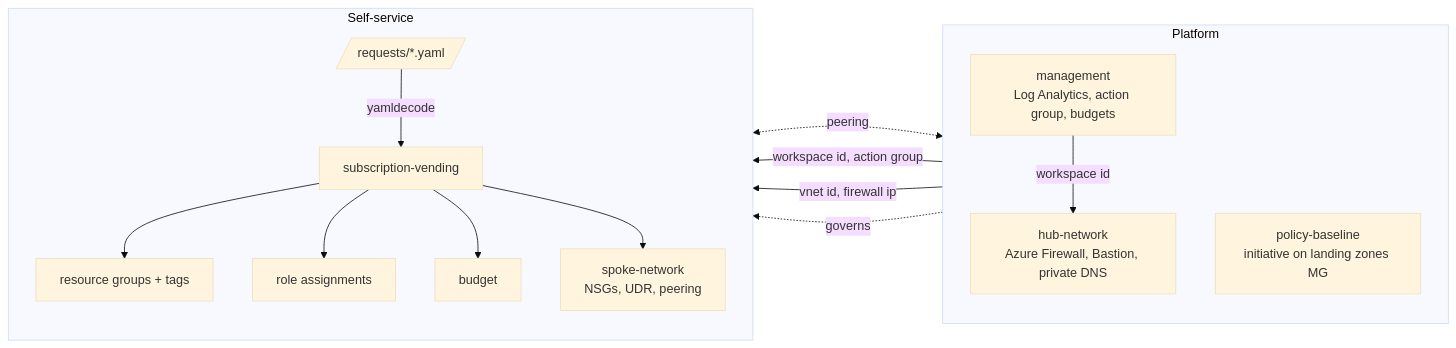
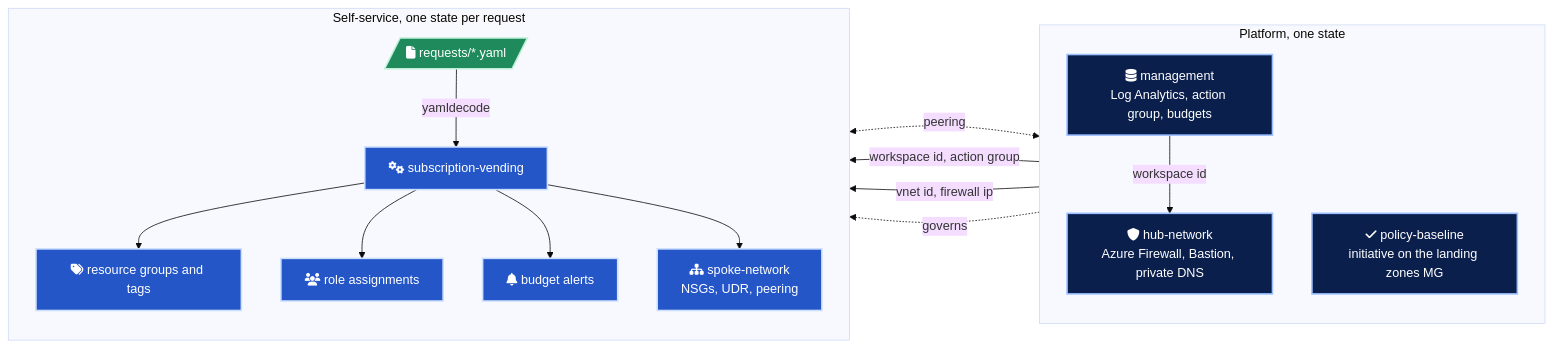
The first of 3 diagrams in README.md (marlyngiselle/azure-landing-zone-terraform), drawn with Mermaid (base theme) before and after one commit. The commit also changed other lines of this file and 1 other file, not shown here.

````diff
--- a/README.md
+++ b/README.md
@@ -30,24 +42,31 @@
 ```mermaid
 flowchart LR
-    subgraph platform["Platform"]
+    subgraph platform["Platform, one state"]
         direction TB
-        mgmt["management<br/>Log Analytics, action group, budgets"]
-        hub["hub-network<br/>Azure Firewall, Bastion, private DNS"]
-        pol["policy-baseline<br/>initiative on landing zones MG"]
+        mgmt["fa:fa-database management<br/>Log Analytics, action group, budgets"]
+        hub["fa:fa-shield hub-network<br/>Azure Firewall, Bastion, private DNS"]
+        pol["fa:fa-check policy-baseline<br/>initiative on the landing zones MG"]
     end
 
-    subgraph vending["Self-service"]
+    subgraph vending["Self-service, one state per request"]
         direction TB
-        req[/"requests/*.yaml"/] -->|yamldecode| sv["subscription-vending"]
-        sv --> rg["resource groups + tags"]
-        sv --> rbac["role assignments"]
-        sv --> budget["budget"]
-        sv --> spoke["spoke-network<br/>NSGs, UDR, peering"]
+        req[/"fa:fa-file requests/*.yaml"/] -->|yamldecode| sv["fa:fa-cogs subscription-vending"]
+        sv --> rg["fa:fa-tags resource groups and tags"]
+        sv --> rbac["fa:fa-users role assignments"]
+        sv --> budget["fa:fa-bell budget alerts"]
+        sv --> spoke["fa:fa-sitemap spoke-network<br/>NSGs, UDR, peering"]
     end
 
     mgmt -- "workspace id" --> hub
     mgmt -- "workspace id, action group" --> sv
     hub -- "vnet id, firewall ip" --> spoke
     spoke <-. "peering" .-> hub
     pol -. "governs" .-> vending
+
+    classDef plat fill:#0b1f4d,stroke:#9cc0ff,stroke-width:2px,color:#fff
+    classDef self fill:#2456c8,stroke:#cfe0ff,stroke-width:2px,color:#fff
+    classDef input fill:#1f8a5b,stroke:#bff0d6,stroke-width:2px,color:#fff
+    class mgmt,hub,pol plat
+    class sv,rg,rbac,budget,spoke self
+    class req input
 ```
````
